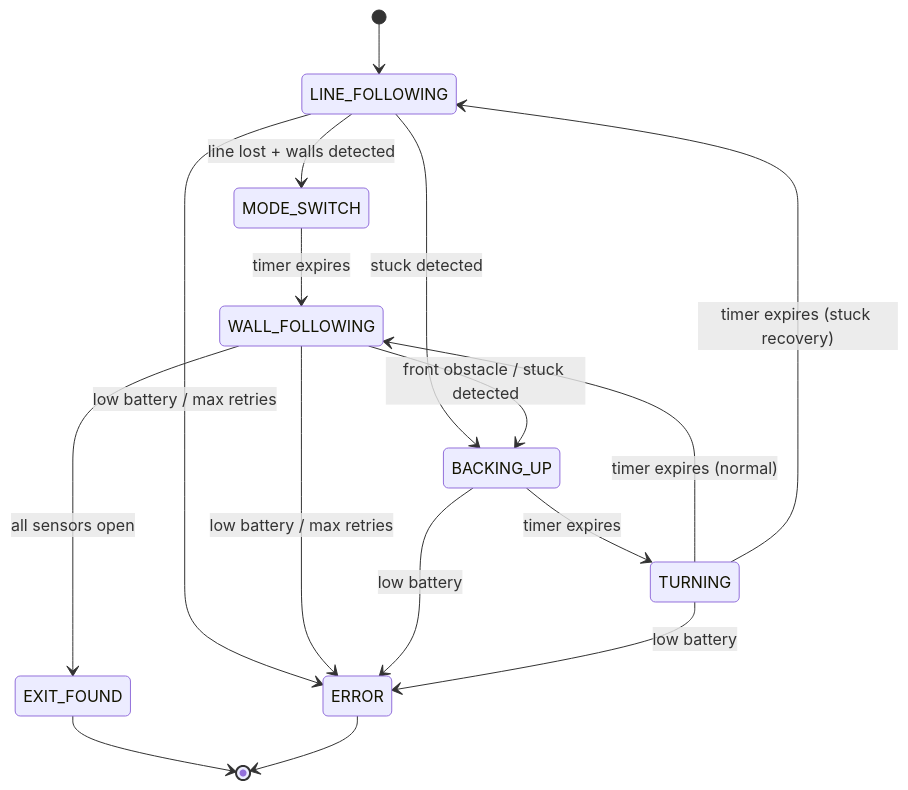
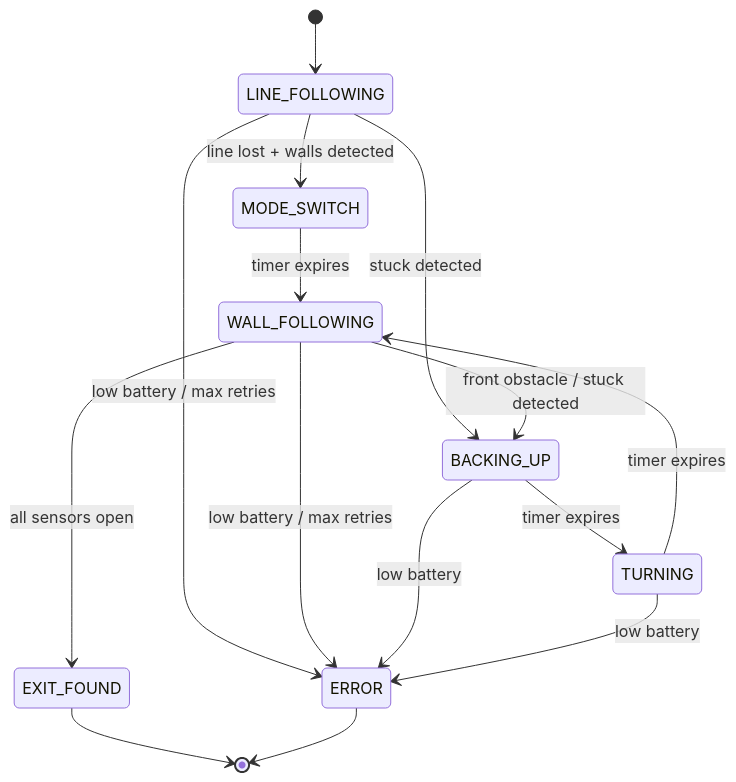
One commit to stephennmiller/Mechatronics-Project changed the diagram in docs/ARCHITECTURE.md. Above: the diagram before and after it, drawn with Mermaid. The commit also changed 1 other file, not shown here.

Commit message:
Fix AVR %f bug, long-range noise, and minor review issues
- Replace %.0f with %d casts in DEBUG_PRINTF (AVR snprintf has
  no float support)
- Skip long-range sensors (>WALL_FAR_THRESH) in hasMoved check
  to prevent HC-SR04 noise from false snapshot refreshes
- Remove no-op driveBrake() before startBackupAndTurn()
- Add NUM_US_SENSORS constant, replace magic 3 in sensor arrays
- Remove indirect TURNING->LINE_FOLLOWING edge from Mermaid diagram

````diff
--- a/docs/ARCHITECTURE.md
+++ b/docs/ARCHITECTURE.md
@@ -9,24 +9,23 @@
 ```mermaid
 stateDiagram-v2
     [*] --> LINE_FOLLOWING
 
     LINE_FOLLOWING --> MODE_SWITCH : line lost + walls detected
     LINE_FOLLOWING --> BACKING_UP : stuck detected
     LINE_FOLLOWING --> ERROR : low battery / max retries
 
     MODE_SWITCH --> WALL_FOLLOWING : timer expires
 
     WALL_FOLLOWING --> BACKING_UP : front obstacle / stuck detected
     WALL_FOLLOWING --> EXIT_FOUND : all sensors open
     WALL_FOLLOWING --> ERROR : low battery / max retries
 
     BACKING_UP --> TURNING : timer expires
     BACKING_UP --> ERROR : low battery
 
-    TURNING --> WALL_FOLLOWING : timer expires (normal)
-    TURNING --> LINE_FOLLOWING : timer expires (stuck recovery)
+    TURNING --> WALL_FOLLOWING : timer expires
     TURNING --> ERROR : low battery
 
     EXIT_FOUND --> [*]
     ERROR --> [*]
 ```
````
